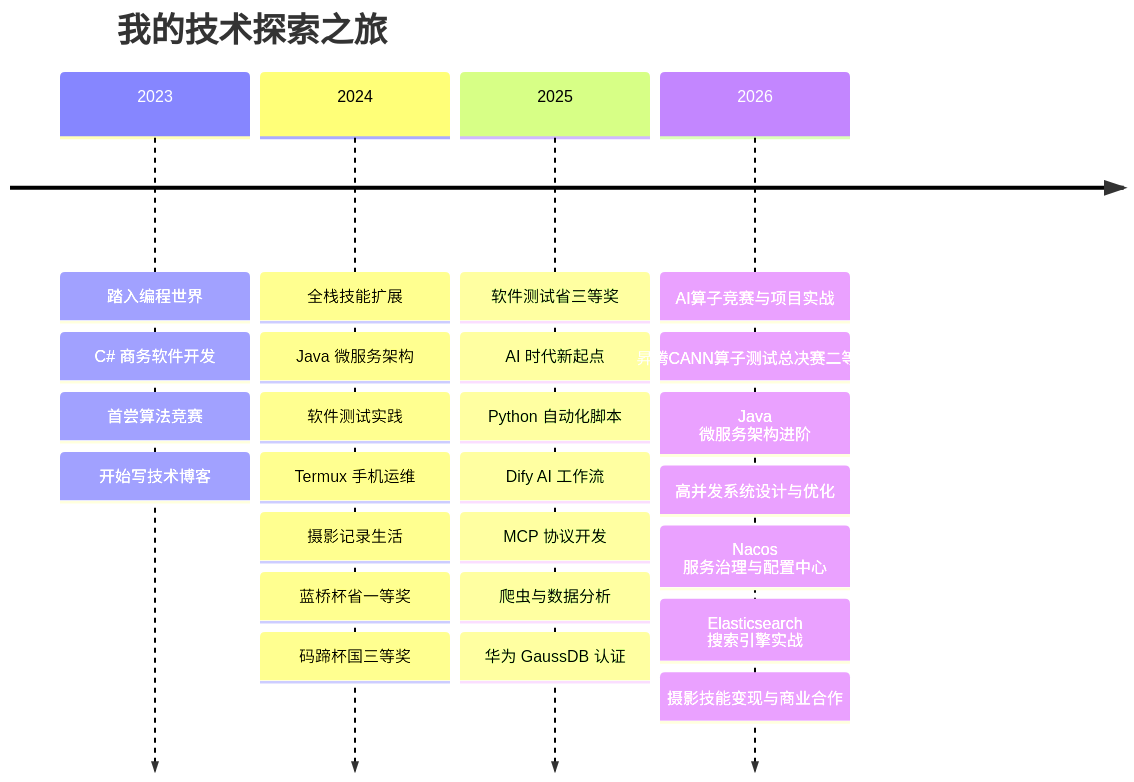
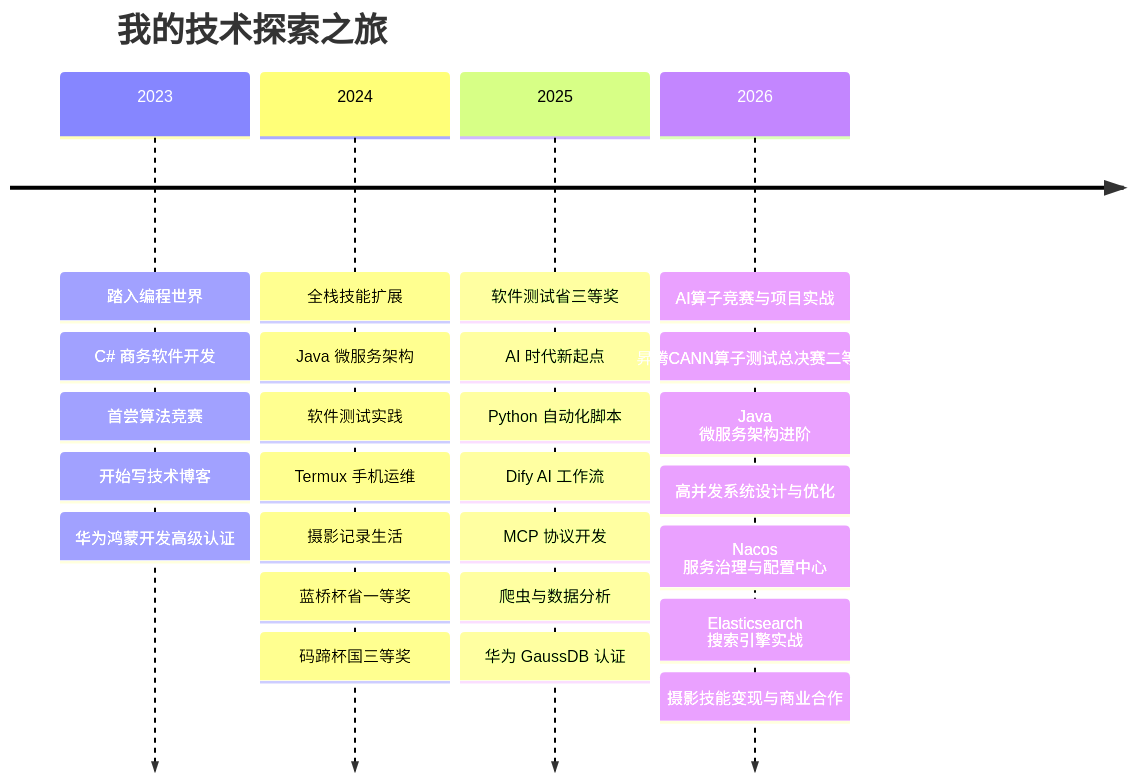
One commit to lggyx/lggyx changed the diagram in README.md. Above: the diagram before and after it, drawn with Mermaid.

Commit message:
docs(README): 添加华为鸿蒙开发高级认证到时间线
- 在个人技能时间线中增加了华为鸿蒙开发高级认证信息
- 认证信息位于2023年条目下，完善了个人技术认证记录

````diff
--- a/README.md
+++ b/README.md
@@ -79,29 +79,30 @@
 ```mermaid
 timeline
     title 我的技术探索之旅
     2023 : 踏入编程世界
          : C# 商务软件开发
          : 首尝算法竞赛
          : 开始写技术博客
+	 : 华为鸿蒙开发高级认证
     2024 : 全栈技能扩展
          : Java 微服务架构
          : 软件测试实践
          : Termux 手机运维
          : 摄影记录生活
          : 蓝桥杯省一等奖
 	 : 码蹄杯国三等奖
     2025 : 软件测试省三等奖
 	 : AI 时代新起点
          : Python 自动化脚本
          : Dify AI 工作流
          : MCP 协议开发
          : 爬虫与数据分析
          : 华为 GaussDB 认证
     2026 : AI算子竞赛与项目实战
          : 昇腾CANN算子测试总决赛二等奖
          : Java 微服务架构进阶
          : 高并发系统设计与优化
          : Nacos 服务治理与配置中心
          : Elasticsearch 搜索引擎实战
          : 摄影技能变现与商业合作
 ```
````
